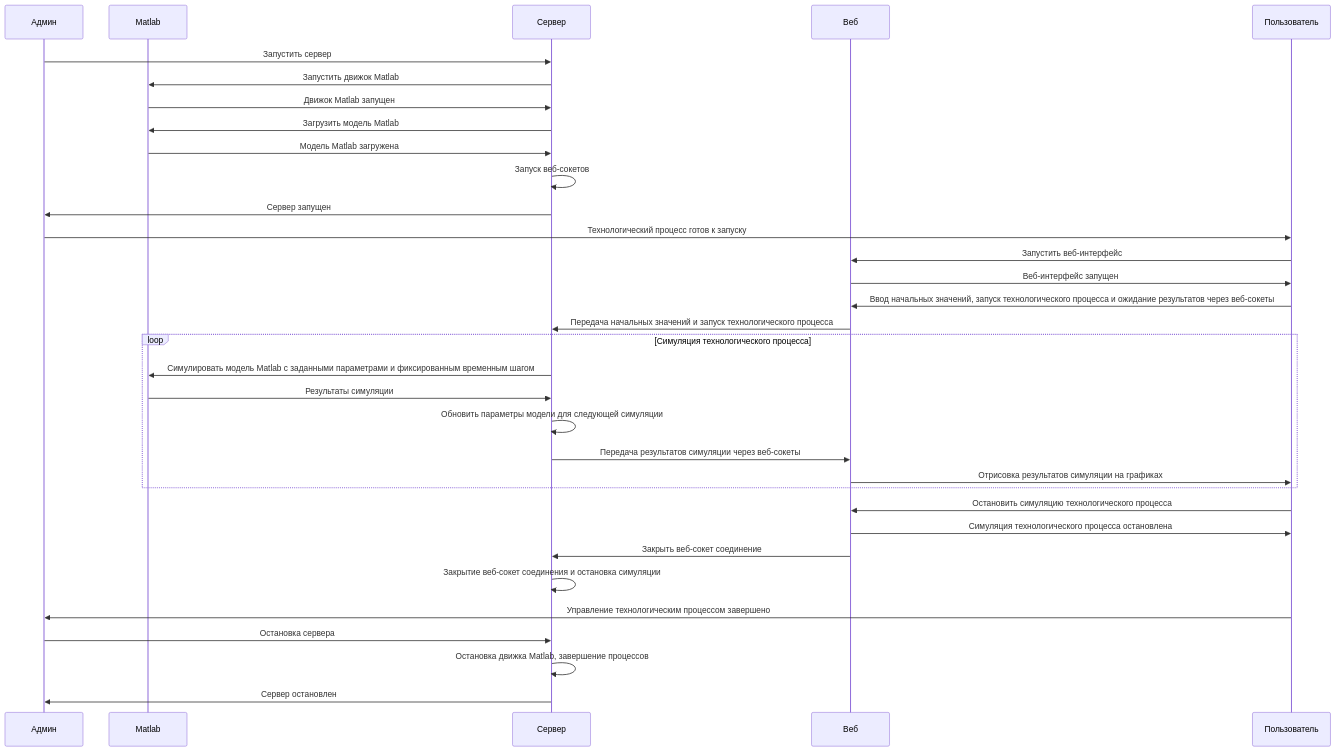
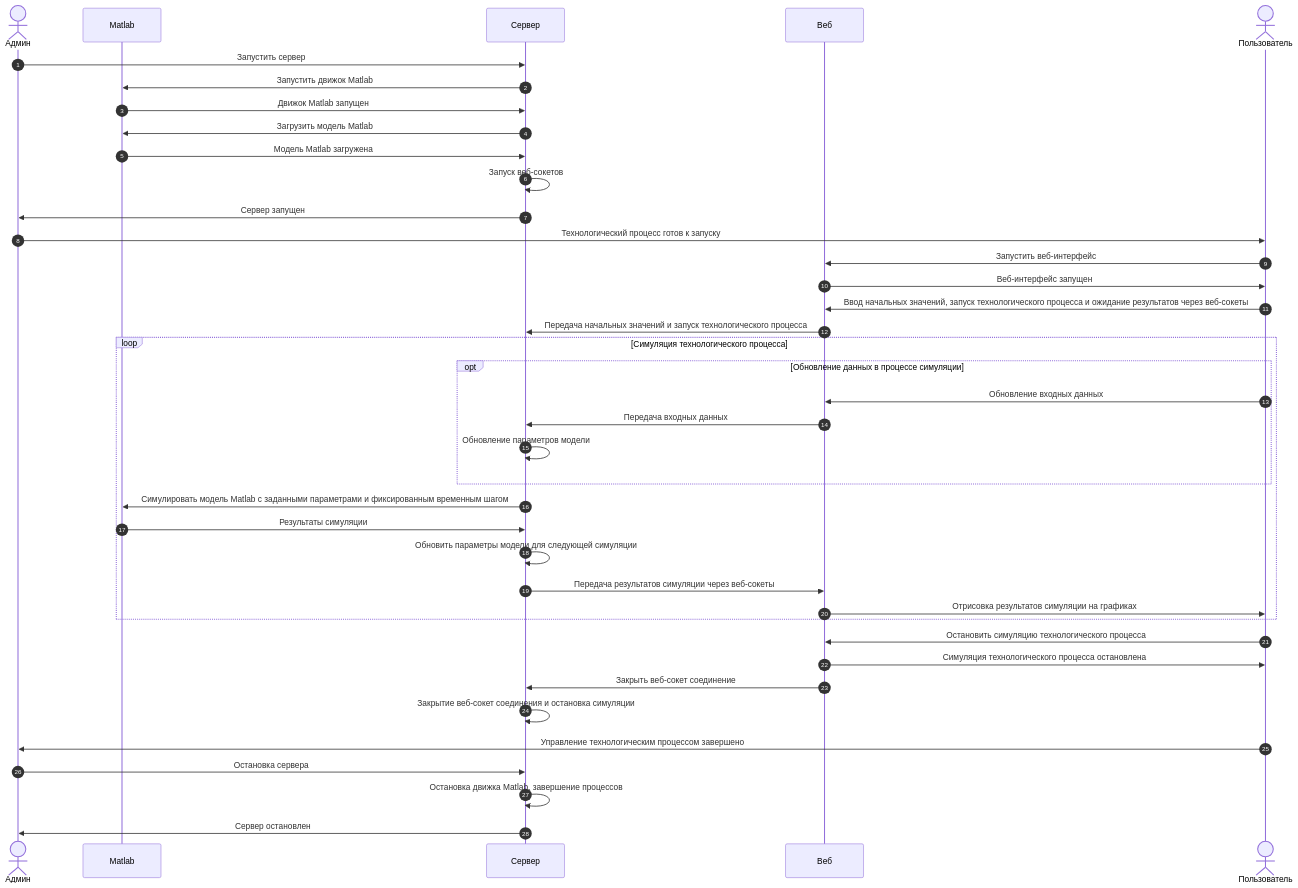
The diagram in README.md (Nova201810/web-remote-control), drawn with Mermaid before and after one commit.

Commit message:
feat: Добавляет обновление данных на схему взаимодействия

````diff
--- a/README.md
+++ b/README.md
@@ -15,35 +15,41 @@
 ```mermaid
 sequenceDiagram
-    participant Админ
+    autonumber
+    actor Админ
     participant Matlab
     participant Сервер
     participant Веб
-    participant Пользователь
+    actor Пользователь
     Админ->>Сервер: Запустить сервер
     Сервер->>Matlab: Запустить движок Matlab
     Matlab->>Сервер: Движок Matlab запущен
     Сервер->>Matlab: Загрузить модель Matlab
     Matlab->>Сервер: Модель Matlab загружена
     Сервер->>Сервер: Запуск веб-сокетов
     Сервер->>Админ: Сервер запущен
     Админ->>Пользователь: Технологический процесс готов к запуску
     Пользователь->>Веб: Запустить веб-интерфейс
     Веб->>Пользователь: Веб-интерфейс запущен
     Пользователь->>Веб: Ввод начальных значений, запуск технологического процесса и ожидание результатов через веб-сокеты
     Веб->>Сервер: Передача начальных значений и запуск технологического процесса
     loop Симуляция технологического процесса
+        opt Обновление данных в процессе симуляции
+            Пользователь->>Веб: Обновление входных данных
+            Веб->>Сервер: Передача входных данных
+            Сервер->>Сервер: Обновление параметров модели
+        end
         Сервер->>Matlab: Симулировать модель Matlab с заданными параметрами и фиксированным временным шагом
         Matlab->>Сервер: Результаты симуляции
         Сервер->>Сервер: Обновить параметры модели для следующей симуляции
         Сервер->>Веб: Передача результатов симуляции через веб-сокеты
         Веб->>Пользователь: Отрисовка результатов симуляции на графиках
     end
     Пользователь->>Веб: Остановить симуляцию технологического процесса
     Веб->>Пользователь: Симуляция технологического процесса остановлена
     Веб->>Сервер: Закрыть веб-сокет соединение
     Сервер->>Сервер: Закрытие веб-сокет соединения и остановка симуляции
     Пользователь->>Админ: Управление технологическим процессом завершено
     Админ->>Сервер: Остановка сервера
     Сервер->>Сервер: Остановка движка Matlab, завершение процессов
     Сервер->>Админ: Сервер остановлен
 ```
````
